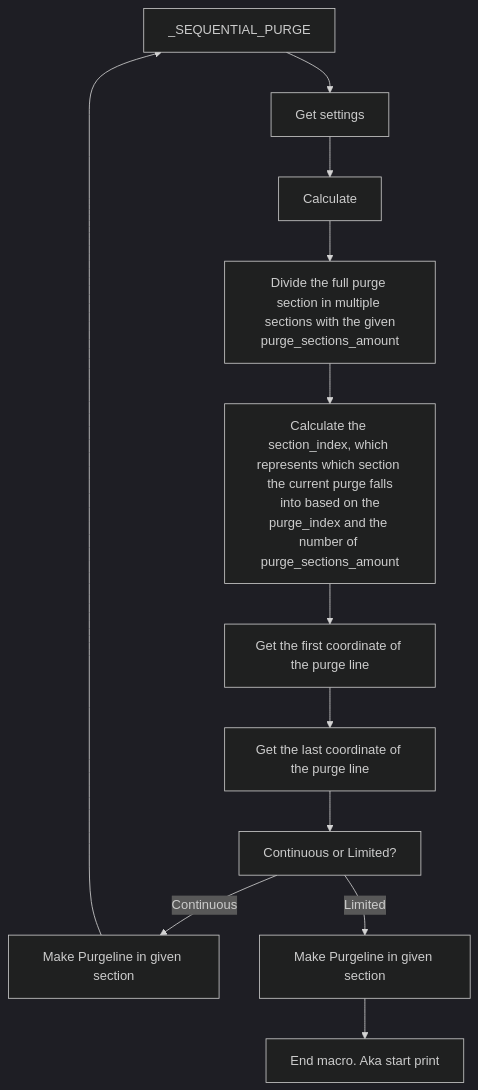
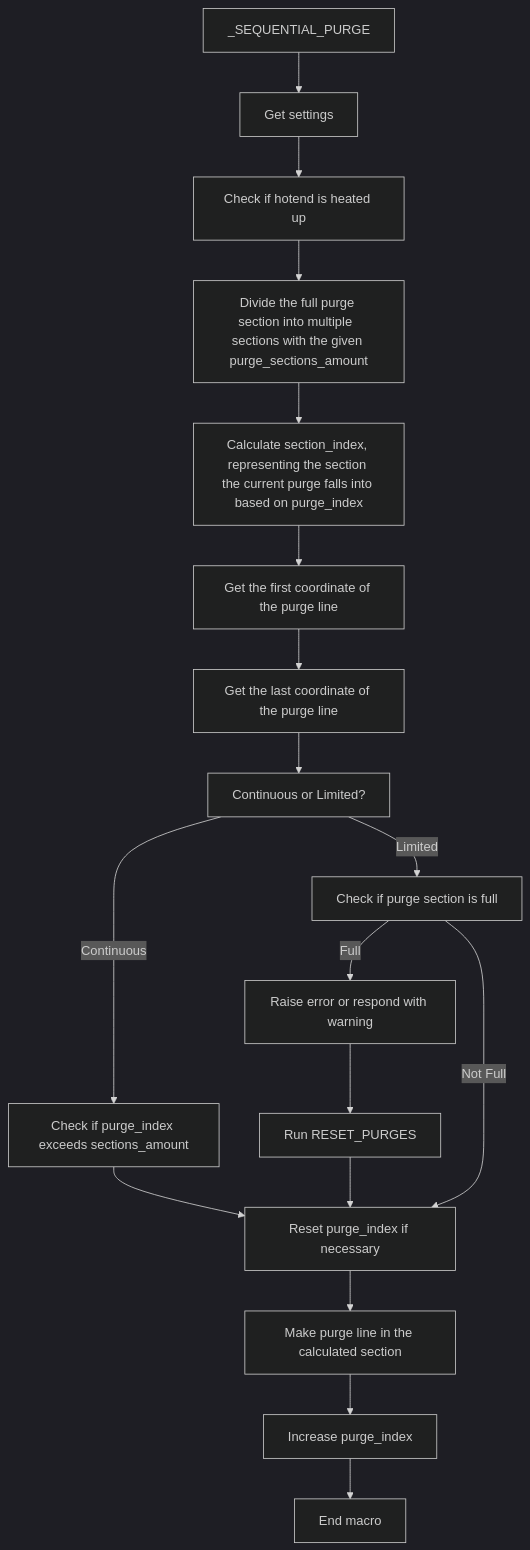
Before and after one commit to Department-of-Design/Kevins-Awesome-Macros: the diagram in sequential_purge/README.md, drawn with Mermaid (dark theme). The commit also changed other lines of this file, not shown here.

````diff
--- a/sequential_purge/README.md
+++ b/sequential_purge/README.md
@@ -124,13 +117,16 @@
 ```mermaid
 flowchart TD
     A[_SEQUENTIAL_PURGE] --> 
     B[Get settings] --> 
-    C[Calculate]--> 
-    D[Divide the full purge section in multiple \n sections with the given purge_sections_amount] -->
-    E[Calculate the section_index, which \nrepresents which section the current purge falls\n into based on the purge_index and the \nnumber of purge_sections_amount]--> 
+    C[Check if hotend is heated up] -->
+    D[Divide the full purge section into multiple  sections with the given purge_sections_amount] -->
+    E[Calculate section_index, representing the section the current purge falls into based on purge_index] --> 
     F[Get the first coordinate of the purge line]--> 
     G[Get the last coordinate of the purge line]--> 
     H[Continuous or Limited?]
-    H --> |Continuous|I[Make Purgeline in given section] --> A
-    H --> |Limited|J[Make Purgeline in given section] --> K[End macro. Aka start print]
+    H --> |Continuous| I[Check if purge_index exceeds sections_amount] --> J[Reset purge_index if necessary]
+    H --> |Limited| K[Check if purge section is full]
+    K --> |Full| L[Raise error or respond with warning] --> M[Run RESET_PURGES] --> J
+    K --> |Not Full| J
+    J --> N[Make purge line in the calculated section] --> O[Increase purge_index] --> P[End macro]
 ```
````
